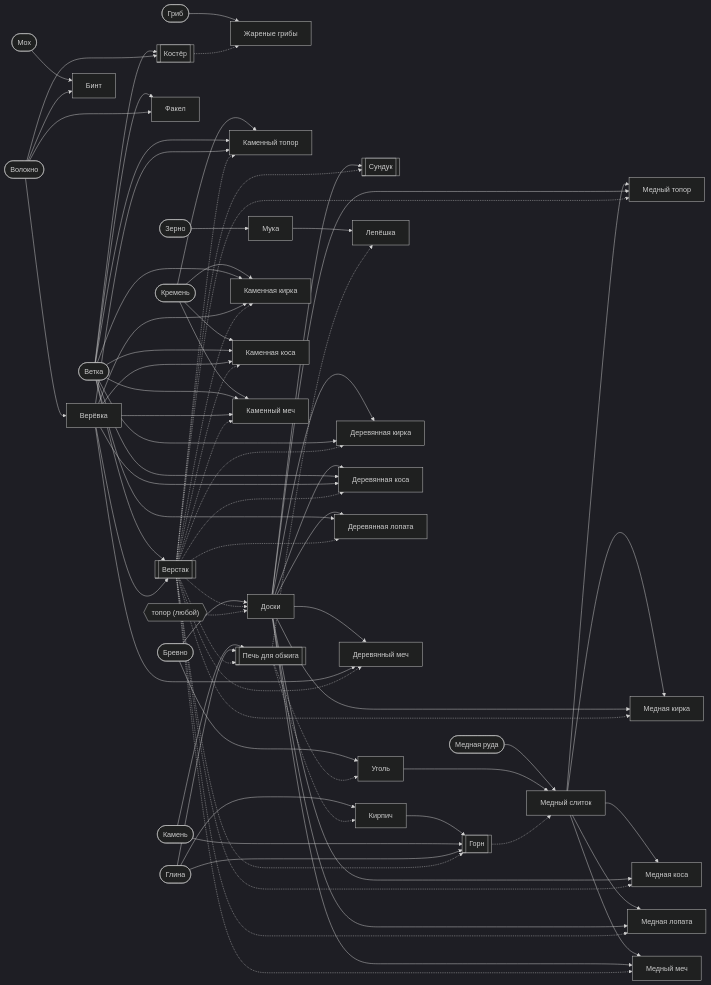
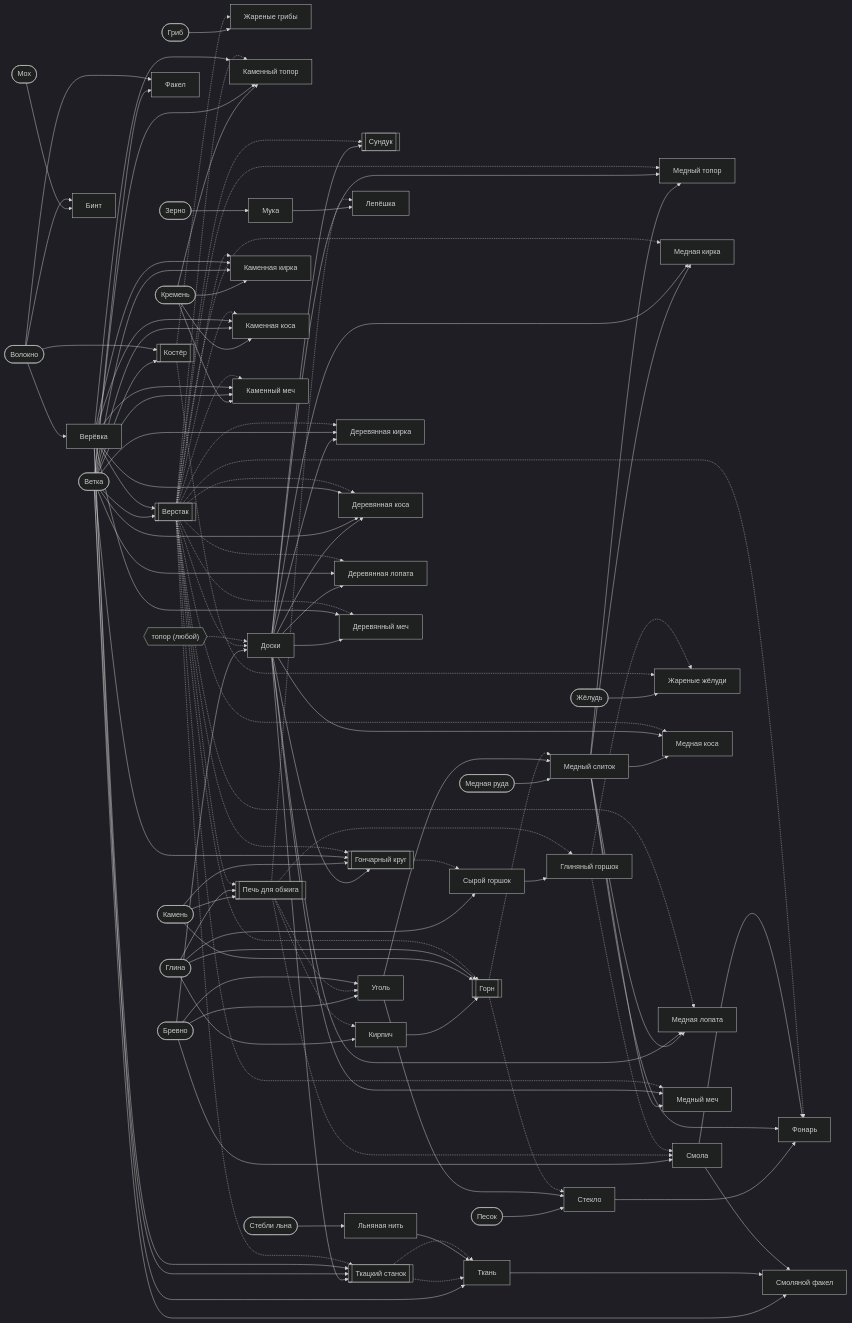
Before and after one commit to randomboygh/survivium: the second of 2 diagrams in docs/generated/content-graph.md, drawn with Mermaid (dark theme). The commit also changed other lines of this file and 70 other files, not shown here.

````diff
--- a/docs/generated/content-graph.md
+++ b/docs/generated/content-graph.md
@@ -387,66 +426,114 @@
   n23["Уголь"]
   n23 --> n16
   n18 -.-> n16
-  n24[["Печь для обжига"]]
-  n20 --> n24
-  n21 --> n24
-  n9 -.-> n24
+  n24["Стекло"]
+  n25(["Песок"])
+  n25 --> n24
+  n23 --> n24
+  n18 -.-> n24
+  n26[["Печь для обжига"]]
+  n20 --> n26
+  n21 --> n26
+  n9 -.-> n26
   n21 --> n19
-  n24 -.-> n19
+  n26 -.-> n19
   n13 --> n23
-  n24 -.-> n23
-  n25["Мука"]
-  n26(["Зерно"])
-  n26 --> n25
-  n27["Лепёшка"]
-  n25 --> n27
-  n24 -.-> n27
-  n28["Каменная кирка"]
-  n11 --> n28
-  n7 --> n28
-  n3 --> n28
-  n9 -.-> n28
-  n29["Деревянная кирка"]
-  n12 --> n29
-  n7 --> n29
-  n9 -.-> n29
-  n30["Медная кирка"]
-  n16 --> n30
+  n26 -.-> n23
+  n27["Мука"]
+  n28(["Зерно"])
+  n28 --> n27
+  n29["Лепёшка"]
+  n27 --> n29
+  n26 -.-> n29
+  n30[["Ткацкий станок"]]
   n12 --> n30
+  n7 --> n30
+  n3 --> n30
   n9 -.-> n30
-  n31["Каменная коса"]
-  n11 --> n31
-  n7 --> n31
+  n31["Ткань"]
   n3 --> n31
-  n9 -.-> n31
-  n32["Деревянная коса"]
-  n12 --> n32
-  n7 --> n32
-  n3 --> n32
-  n9 -.-> n32
-  n33["Медная коса"]
-  n16 --> n33
-  n12 --> n33
-  n9 -.-> n33
-  n34["Деревянная лопата"]
-  n12 --> n34
+  n30 -.-> n31
+  n32["Льняная нить"]
+  n33(["Стебли льна"])
+  n33 --> n32
+  n32 --> n31
+  n30 -.-> n31
+  n34["Каменная кирка"]
+  n11 --> n34
   n7 --> n34
+  n3 --> n34
   n9 -.-> n34
-  n35["Медная лопата"]
-  n16 --> n35
+  n35["Деревянная кирка"]
   n12 --> n35
+  n7 --> n35
   n9 -.-> n35
-  n36["Деревянный меч"]
+  n36["Медная кирка"]
+  n16 --> n36
   n12 --> n36
-  n3 --> n36
   n9 -.-> n36
-  n37["Каменный меч"]
-  n11 --> n37
+  n37[["Гончарный круг"]]
+  n12 --> n37
+  n20 --> n37
   n7 --> n37
-  n3 --> n37
   n9 -.-> n37
-  n38["Медный меч"]
-  n16 --> n38
-  n12 --> n38
-  n9 -.-> n38
+  n38["Сырой горшок"]
+  n21 --> n38
+  n37 -.-> n38
+  n39["Глиняный горшок"]
+  n38 --> n39
+  n26 -.-> n39
+  n40["Смола"]
+  n13 --> n40
+  n13 --> n23
+  n26 -.-> n40
+  n39 -.-> n40
+  n41["Жареные жёлуди"]
+  n42(["Жёлудь"])
+  n42 --> n41
+  n2 -.-> n41
+  n39 -.-> n41
+  n43["Фонарь"]
+  n24 --> n43
+  n16 --> n43
+  n40 --> n43
+  n9 -.-> n43
+  n44["Каменная коса"]
+  n11 --> n44
+  n7 --> n44
+  n3 --> n44
+  n9 -.-> n44
+  n45["Деревянная коса"]
+  n12 --> n45
+  n7 --> n45
+  n3 --> n45
+  n9 -.-> n45
+  n46["Медная коса"]
+  n16 --> n46
+  n12 --> n46
+  n9 -.-> n46
+  n47["Деревянная лопата"]
+  n12 --> n47
+  n7 --> n47
+  n9 -.-> n47
+  n48["Медная лопата"]
+  n16 --> n48
+  n12 --> n48
+  n9 -.-> n48
+  n49["Деревянный меч"]
+  n12 --> n49
+  n3 --> n49
+  n9 -.-> n49
+  n50["Каменный меч"]
+  n11 --> n50
+  n7 --> n50
+  n3 --> n50
+  n9 -.-> n50
+  n51["Медный меч"]
+  n16 --> n51
+  n12 --> n51
+  n9 -.-> n51
+  n52["Смоляной факел"]
+  n7 --> n52
+  n31 --> n52
+  n40 --> n52
 ```
````
